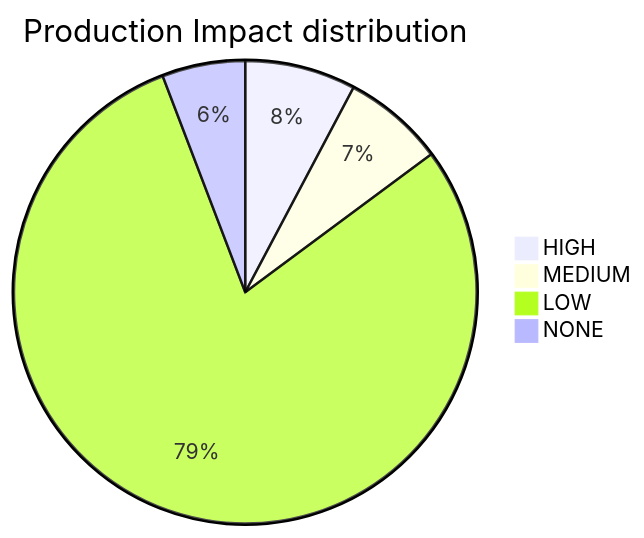
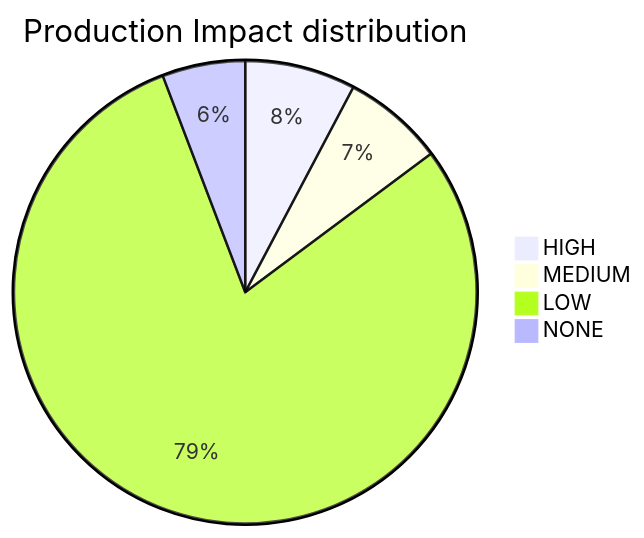
Before and after one commit to mikeybeezy/goldenpath-idp-infra: the diagram in PLATFORM_HEALTH.md, drawn with Mermaid. The commit also changed other lines of this file, not shown here.

````diff
--- a/PLATFORM_HEALTH.md
+++ b/PLATFORM_HEALTH.md
@@ -55,7 +55,7 @@
 ```mermaid
 pie title Production Impact distribution
     "HIGH" : 36
     "MEDIUM" : 33
-    "LOW" : 369
+    "LOW" : 370
     "NONE" : 27
 ```
````
